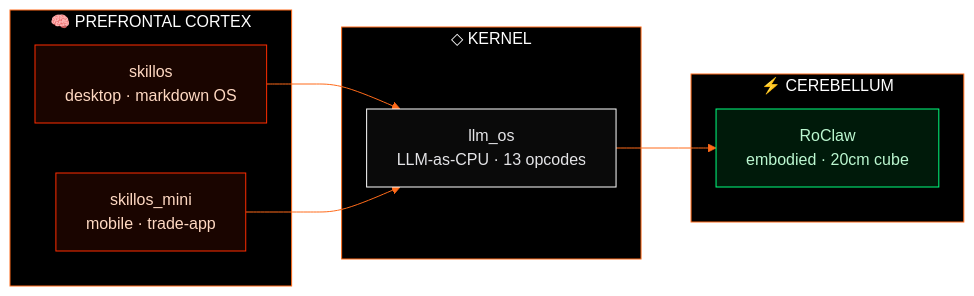
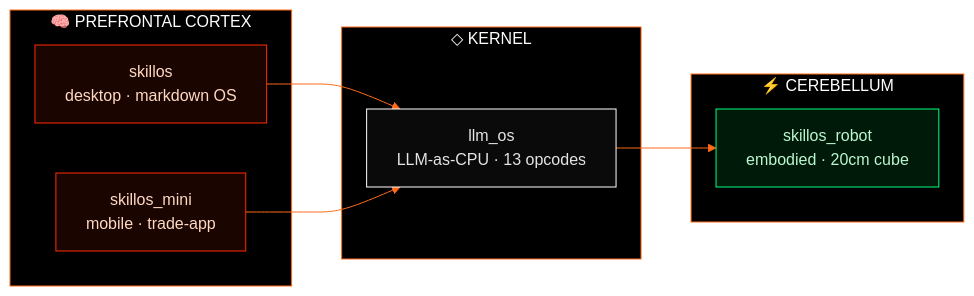
The first of 2 diagrams in profile/README.md (EvolvingAgentsLabs/.github), drawn with Mermaid before and after one commit. The commit also changed other lines of this file and 1 other file, not shown here.

First line of the commit message:
rename: RoClaw → skillos_robot in org profile

````diff
--- a/profile/README.md
+++ b/profile/README.md
@@ -36,31 +36,31 @@
 ```mermaid
 %%{init: {'theme':'base', 'themeVariables': {
   'primaryColor':'#1a0500','primaryTextColor':'#ffd9c2','primaryBorderColor':'#ff2d00',
   'lineColor':'#ff6b1a','secondaryColor':'#001a14','tertiaryColor':'#000',
   'background':'#000','mainBkg':'#1a0500',
   'clusterBkg':'#000','clusterBorder':'#ff6b1a',
   'edgeLabelBackground':'#000',
   'fontFamily':'ui-monospace, SF Mono, Menlo, Consolas, monospace'
 }}}%%
 flowchart LR
     subgraph Cortex["🧠 PREFRONTAL CORTEX"]
         Skl["skillos<br/>desktop · markdown OS"]
         SklM["skillos_mini<br/>mobile · trade-app"]
     end
     subgraph Cereb["⚡ CEREBELLUM"]
-        RC["RoClaw<br/>embodied · 20cm cube"]
+        RC["skillos_robot<br/>embodied · 20cm cube"]
     end
     subgraph Kern["◇ KERNEL"]
         LO["llm_os<br/>LLM-as-CPU · 13 opcodes"]
     end
     Skl  --> LO
     SklM --> LO
     LO   --> RC
 
     classDef ares fill:#1a0500,stroke:#ff2d00,color:#ffd9c2;
     classDef mcp  fill:#001a0a,stroke:#00ff7f,color:#bbf7d0;
     classDef ker  fill:#0a0a0a,stroke:#ffffff,color:#e4e4e7;
     class Skl,SklM ares;
     class RC mcp;
     class LO ker;
 ```
````
